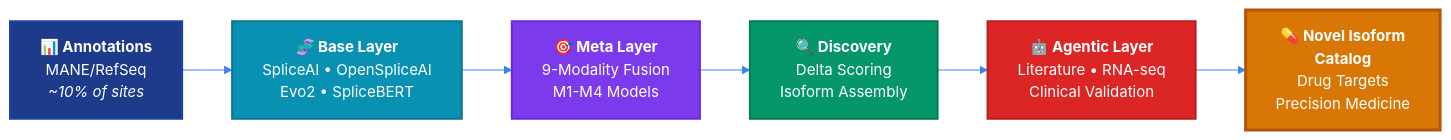
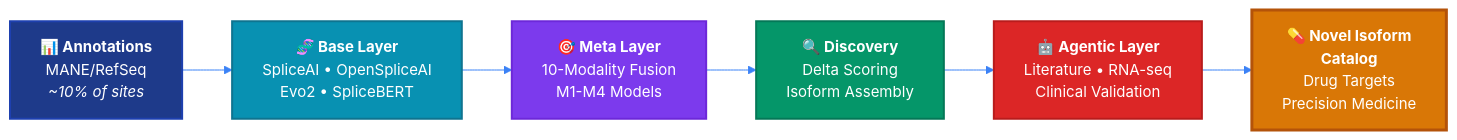
Before and after one commit to pleiadian53/agentic-spliceai: the second of 2 diagrams in README.md, drawn with Mermaid. The commit also changed other lines of this file and 1 other file, not shown here.

First line of the commit message:
Update README and docs with correct modality counts and paths

````diff
--- a/README.md
+++ b/README.md
@@ -132,20 +132,20 @@
 ```mermaid
 %%{init: {'theme':'base', 'themeVariables': { 'primaryColor':'#1e3a8a','primaryTextColor':'#fff','lineColor':'#3b82f6','fontSize':'15px','fontFamily':'ui-sans-serif, system-ui, sans-serif'}}}%%
 
 graph LR
     A["<b>📊 Annotations</b><br/>MANE/RefSeq<br/><i>~10% of sites</i>"]:::canonical
     B["<b>🧬 Base Layer</b><br/>SpliceAI • OpenSpliceAI<br/>Evo2 • SpliceBERT"]:::foundation
-    C["<b>🎯 Meta Layer</b><br/>9-Modality Fusion<br/>M1-M4 Models"]:::metalayer
+    C["<b>🎯 Meta Layer</b><br/>10-Modality Fusion<br/>M1-M4 Models"]:::metalayer
     D["<b>🔍 Discovery</b><br/>Delta Scoring<br/>Isoform Assembly"]:::discovery
     E["<b>🤖 Agentic Layer</b><br/>Literature • RNA-seq<br/>Clinical Validation"]:::agentic
     F["<b>💊 Novel Isoform<br/>Catalog</b><br/>Drug Targets<br/>Precision Medicine"]:::output
 
     A --> B --> C --> D --> E --> F
 
     classDef canonical fill:#1e3a8a,stroke:#1e40af,stroke-width:2px,color:#ffffff
     classDef foundation fill:#0891b2,stroke:#0e7490,stroke-width:2px,color:#ffffff
     classDef metalayer fill:#7c3aed,stroke:#6d28d9,stroke-width:2px,color:#ffffff
     classDef discovery fill:#059669,stroke:#047857,stroke-width:2px,color:#ffffff
     classDef agentic fill:#dc2626,stroke:#b91c1c,stroke-width:2px,color:#ffffff
     classDef output fill:#d97706,stroke:#b45309,stroke-width:3px,color:#ffffff
 ```
````
